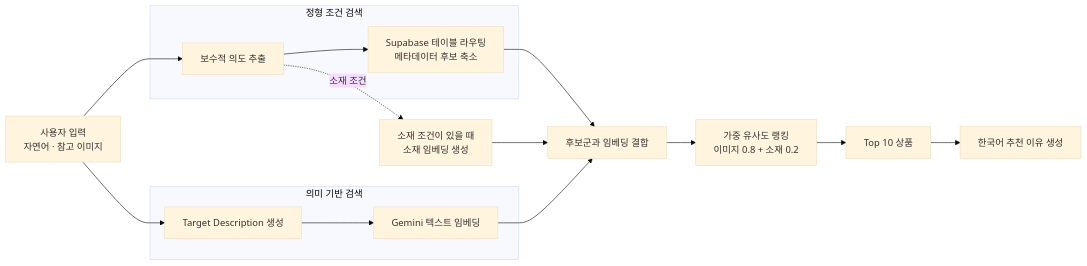
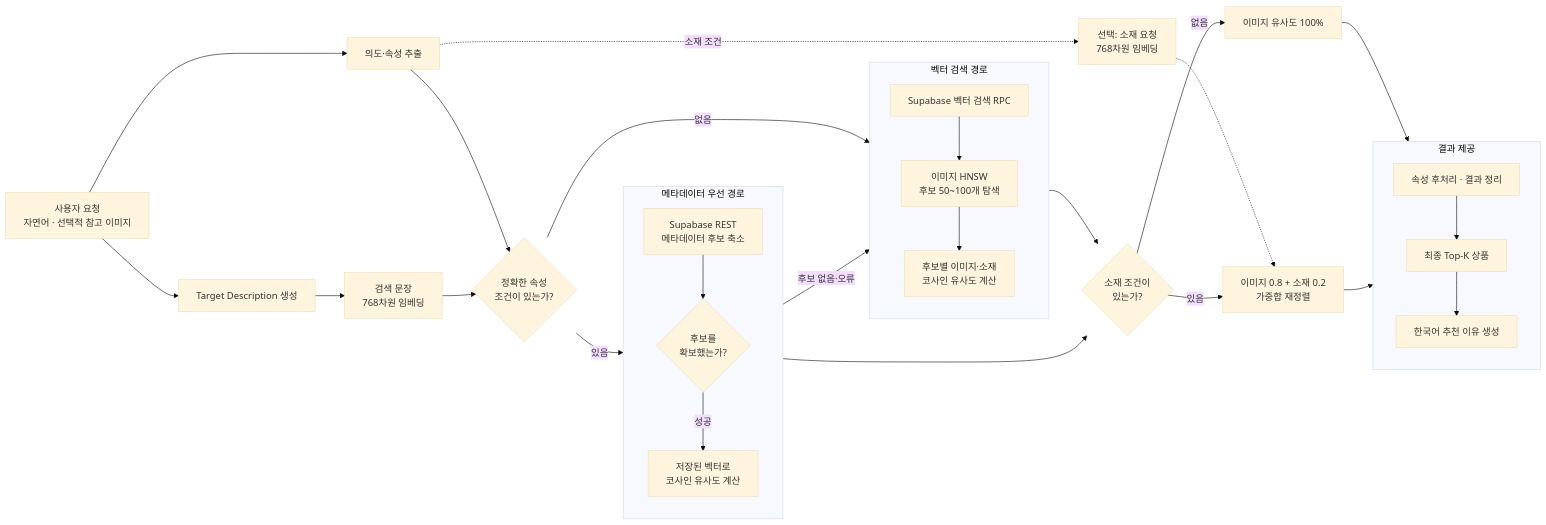
One commit to cs-f1t/f1t changed the diagram in README.md. Above: the diagram before and after it, drawn with Mermaid (base theme). The commit also changed other lines of this file, not shown here.

Commit message:
Clarify how recommendation candidates become final results
Constraint: The README pipeline must remain understandable on a presentation slide without project-specific RPC knowledge.
Rejected: Presenting HNSW as the only retrieval path | metadata-first ranking is the primary path for exact attributes.
Confidence: high
Scope-risk: narrow
Directive: Keep the diagram synchronized with recommendation_service.py and the Supabase RPC fallback.
Tested: git diff --check; README Mermaid structure assertions; Vercel checks.
Not-tested: Visual rendering after import into PowerPoint.

````diff
--- a/README.md
+++ b/README.md
@@ -61,30 +61,54 @@
 ```mermaid
 flowchart LR
-    A["사용자 입력<br/>자연어 · 참고 이미지"]
+    A["사용자 요청<br/>자연어 · 선택적 참고 이미지"]
+    B["의도·속성 추출"]
+    C["Target Description 생성"]
+    D["검색 문장<br/>768차원 임베딩"]
+    E["선택: 소재 요청<br/>768차원 임베딩"]
+    F{"정확한 속성<br/>조건이 있는가?"}
 
-    subgraph P1["정형 조건 검색"]
-        B["보수적 의도 추출"]
-        C["Supabase 테이블 라우팅<br/>메타데이터 후보 축소"]
-        B --> C
+    subgraph META["메타데이터 우선 경로"]
+        direction TB
+        G["Supabase REST<br/>메타데이터 후보 축소"]
+        H{"후보를<br/>확보했는가?"}
+        I["저장된 벡터로<br/>코사인 유사도 계산"]
+        G --> H
+        H -- 성공 --> I
     end
 
-    subgraph P2["의미 기반 검색"]
-        D["Target Description 생성"]
-        E["Gemini 텍스트 임베딩"]
-        D --> E
+    subgraph VECTOR["벡터 검색 경로"]
+        direction TB
+        J["Supabase 벡터 검색 RPC"]
+        K["이미지 HNSW<br/>후보 50~100개 탐색"]
+        L["후보별 이미지·소재<br/>코사인 유사도 계산"]
+        J --> K --> L
     end
 
-    F["소재 조건이 있을 때<br/>소재 임베딩 생성"]
-    G["후보군과 임베딩 결합"]
-    H["가중 유사도 랭킹<br/>이미지 0.8 + 소재 0.2"]
-    I["Top 10 상품"]
-    J["한국어 추천 이유 생성"]
+    M{"소재 조건이<br/>있는가?"}
+    N["이미지 유사도 100%"]
+    O["이미지 0.8 + 소재 0.2<br/>가중합 재정렬"]
+
+    subgraph RESULT["결과 제공"]
+        direction TB
+        P["속성 후처리 · 결과 정리"]
+        Q["최종 Top-K 상품"]
+        R["한국어 추천 이유 생성"]
+        P --> Q --> R
+    end
 
     A --> B
-    A --> D
-    B -. 소재 조건 .-> F
-    C --> G
-    E --> G
-    F --> G
-    G --> H --> I --> J
+    A --> C --> D
+    B -. 소재 조건 .-> E
+    B --> F
+    D --> F
+
+    F -- 있음 --> G
+    F -- 없음 --> J
+    H -- 후보 없음·오류 --> J
+    I --> M
+    L --> M
+    E -.-> O
+
+    M -- 없음 --> N --> RESULT
+    M -- 있음 --> O --> RESULT
 ```
````
